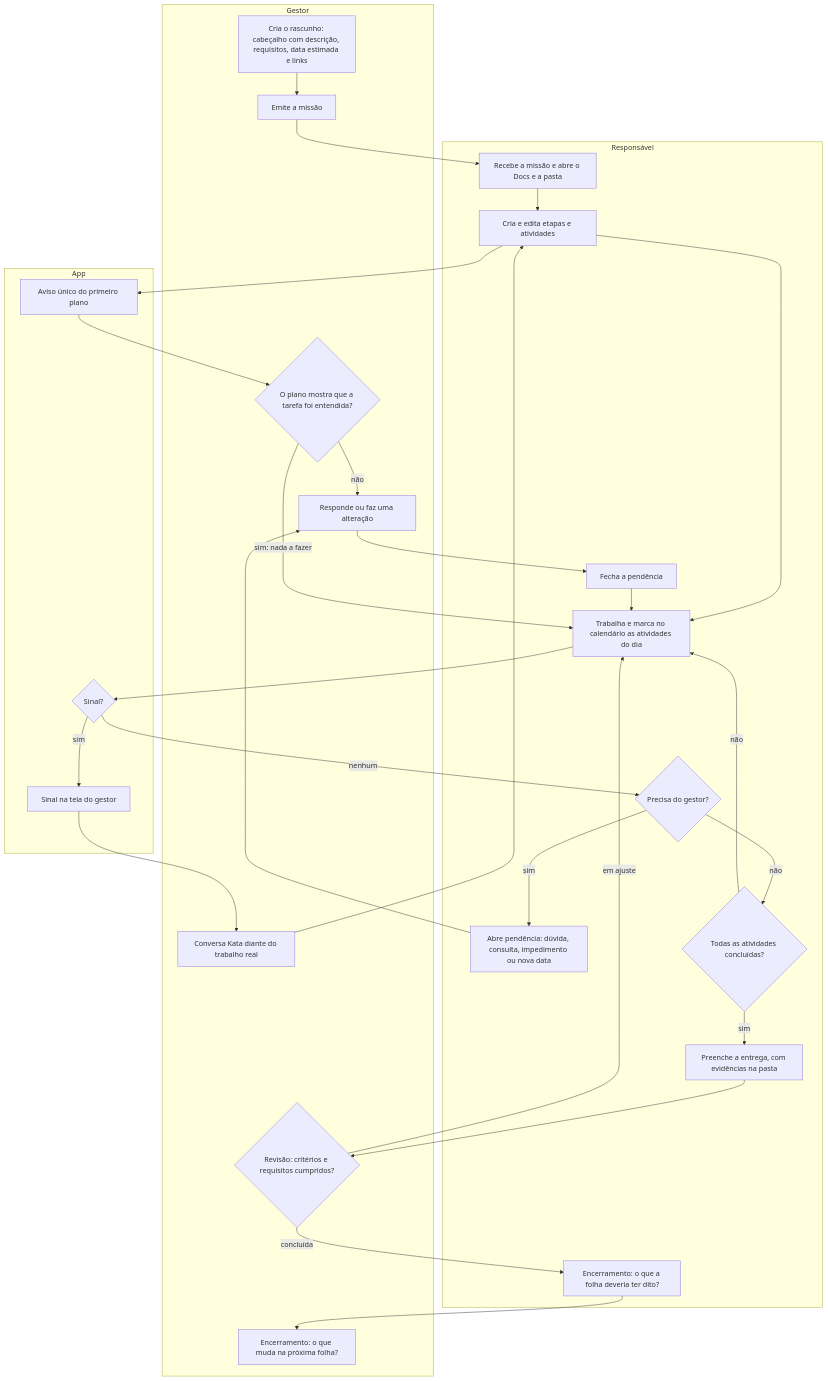
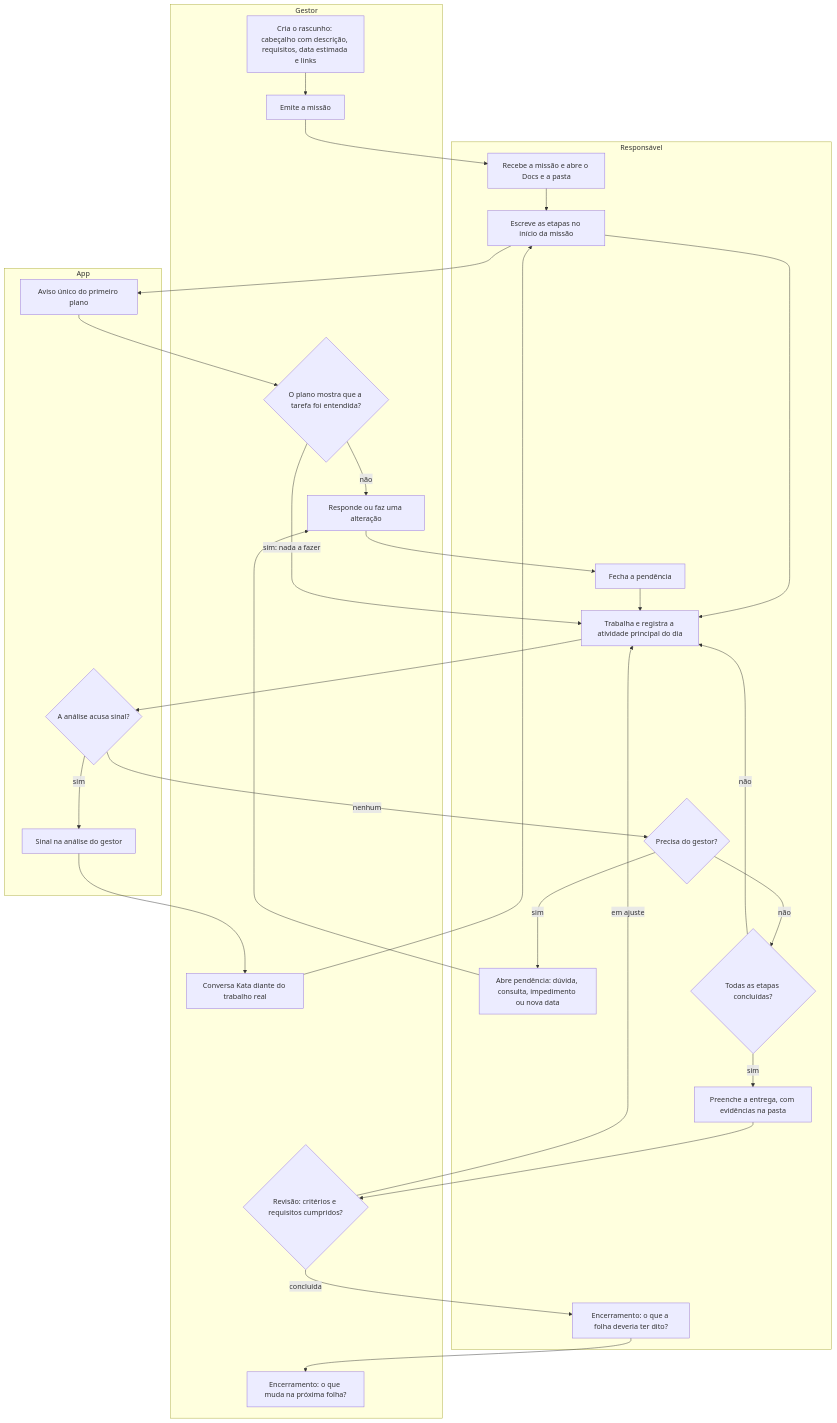
Before and after one commit to BR-Tavares/agent-skills: the diagram in skills/Toyota_para_desenvolvimento/protocolo_missoes.md, drawn with Mermaid. The commit also changed other lines of this file and 3 other files, not shown here.

First line of the commit message:
Protocolo v2.6: etapas no início, registro diário com auto-complete e análise SQL do gestor

````diff
--- a/skills/Toyota_para_desenvolvimento/protocolo_missoes.md
+++ b/skills/Toyota_para_desenvolvimento/protocolo_missoes.md
@@ -29,45 +29,45 @@
 ```mermaid
 flowchart TD
     subgraph G["Gestor"]
         G1["Cria o rascunho: cabeçalho com descrição, requisitos, data estimada e links"]
         G2["Emite a missão"]
         G3{"O plano mostra que a tarefa foi entendida?"}
         G4["Responde ou faz uma alteração"]
         G5["Conversa Kata diante do trabalho real"]
         G6{"Revisão: critérios e requisitos cumpridos?"}
         G7["Encerramento: o que muda na próxima folha?"]
     end
 
     subgraph R["Responsável"]
         R1["Recebe a missão e abre o Docs e a pasta"]
-        R2["Cria e edita etapas e atividades"]
-        R3["Trabalha e marca no calendário as atividades do dia"]
+        R2["Escreve as etapas no início da missão"]
+        R3["Trabalha e registra a atividade principal do dia"]
         R4{"Precisa do gestor?"}
         R5["Abre pendência: dúvida, consulta, impedimento ou nova data"]
         R6["Fecha a pendência"]
-        R7{"Todas as atividades concluídas?"}
+        R7{"Todas as etapas concluídas?"}
         R8["Preenche a entrega, com evidências na pasta"]
         R9["Encerramento: o que a folha deveria ter dito?"]
     end
 
     subgraph A["App"]
         A1["Aviso único do primeiro plano"]
-        A2{"Sinal?"}
-        A3["Sinal na tela do gestor"]
+        A2{"A análise acusa sinal?"}
+        A3["Sinal na análise do gestor"]
     end
 
     G1 --> G2 --> R1 --> R2
     R2 --> A1 --> G3
     G3 -- "não" --> G4
     G3 -- "sim: nada a fazer" --> R3
     R2 --> R3
     R3 --> A2
     A2 -- "nenhum" --> R4
     A2 -- "sim" --> A3 --> G5 --> R2
     R4 -- "sim" --> R5 --> G4 --> R6 --> R3
     R4 -- "não" --> R7
     R7 -- "não" --> R3
     R7 -- "sim" --> R8 --> G6
     G6 -- "em ajuste" --> R3
     G6 -- "concluída" --> R9 --> G7
 ```
````
